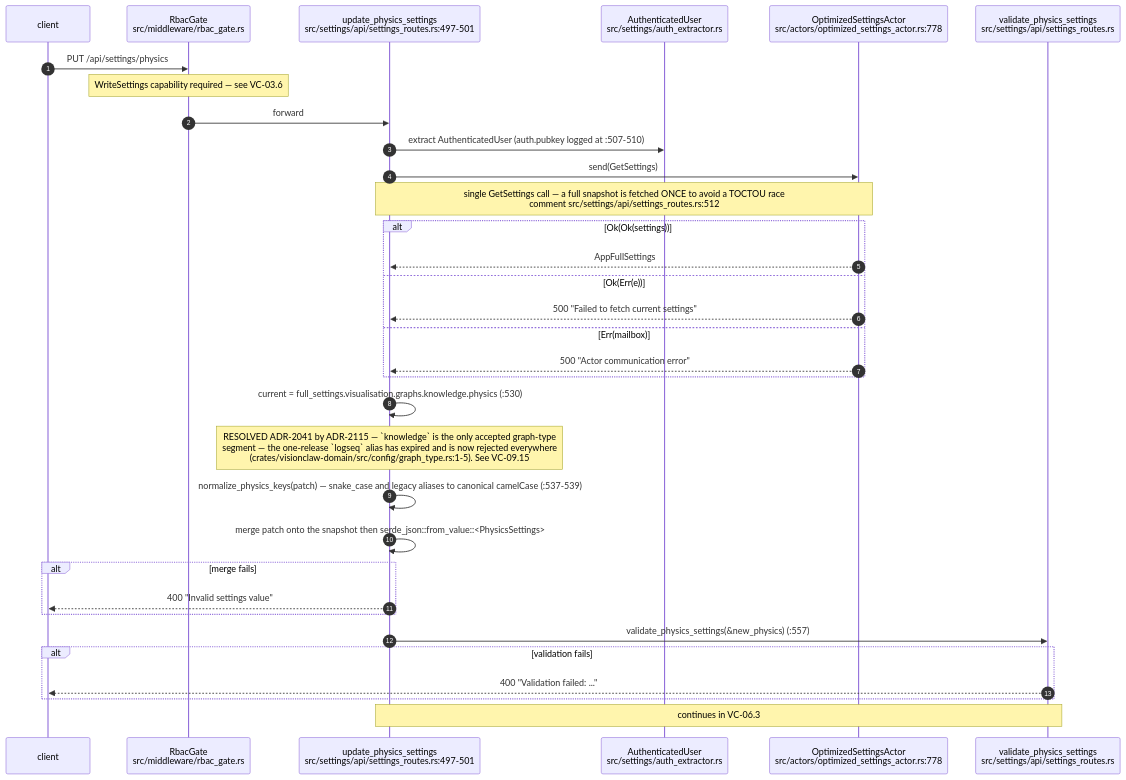
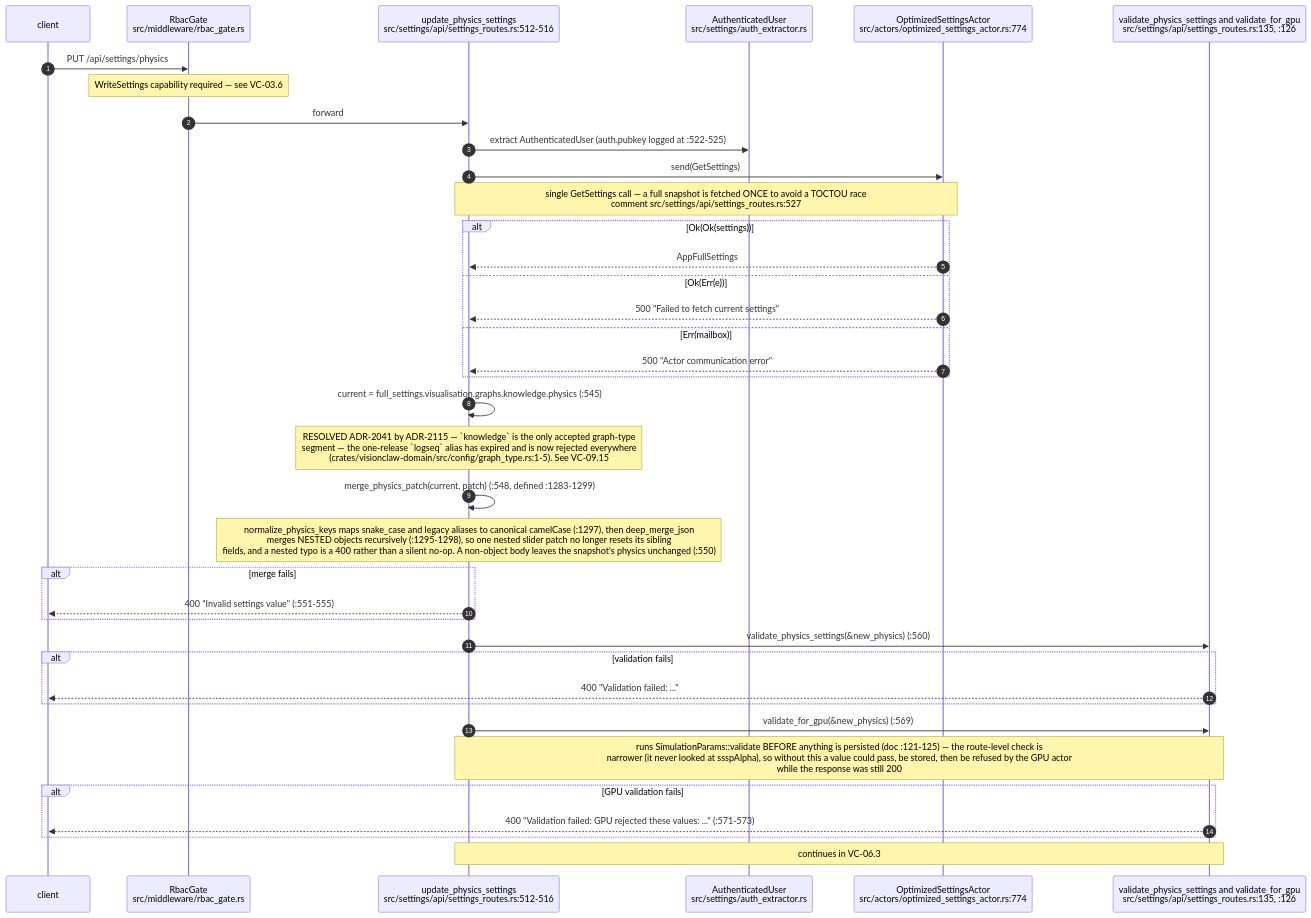
One commit to DreamLab-AI/VisionFlow changed the second of 8 diagrams in docs/diagrams/visionclaw/06-settings-round-trip.md. Above: the diagram before and after it, drawn with Mermaid. The commit also changed other lines of this file and 160 other files, not shown here.

````diff
--- a/docs/diagrams/visionclaw/06-settings-round-trip.md
+++ b/docs/diagrams/visionclaw/06-settings-round-trip.md
@@ -58,36 +60,41 @@
 ```mermaid
 sequenceDiagram
     autonumber
     participant CL as client
     participant RG as RbacGate<br/>src/middleware/rbac_gate.rs
-    participant H as update_physics_settings<br/>src/settings/api/settings_routes.rs:497-501
+    participant H as update_physics_settings<br/>src/settings/api/settings_routes.rs:512-516
     participant AU as AuthenticatedUser<br/>src/settings/auth_extractor.rs
-    participant SA as OptimizedSettingsActor<br/>src/actors/optimized_settings_actor.rs:778
-    participant VA as validate_physics_settings<br/>src/settings/api/settings_routes.rs
+    participant SA as OptimizedSettingsActor<br/>src/actors/optimized_settings_actor.rs:774
+    participant VA as validate_physics_settings and validate_for_gpu<br/>src/settings/api/settings_routes.rs:135, :126
 
     CL->>RG: PUT /api/settings/physics
     Note over RG: WriteSettings capability required — see VC-03.6
     RG->>H: forward
-    H->>AU: extract AuthenticatedUser (auth.pubkey logged at :507-510)
+    H->>AU: extract AuthenticatedUser (auth.pubkey logged at :522-525)
     H->>SA: send(GetSettings)
-    Note over H,SA: single GetSettings call — a full snapshot is fetched ONCE to avoid a TOCTOU race<br/>comment src/settings/api/settings_routes.rs:512
+    Note over H,SA: single GetSettings call — a full snapshot is fetched ONCE to avoid a TOCTOU race<br/>comment src/settings/api/settings_routes.rs:527
     alt Ok(Ok(settings))
         SA-->>H: AppFullSettings
     else Ok(Err(e))
         SA-->>H: 500 "Failed to fetch current settings"
     else Err(mailbox)
         SA-->>H: 500 "Actor communication error"
     end
-    H->>H: current = full_settings.visualisation.graphs.knowledge.physics (:530)
+    H->>H: current = full_settings.visualisation.graphs.knowledge.physics (:545)
     Note over H: RESOLVED ADR-2041 by ADR-2115 — `knowledge` is the only accepted graph-type<br/>segment — the one-release `logseq` alias has expired and is now rejected everywhere<br/>(crates/visionclaw-domain/src/config/graph_type.rs:1-5). See VC-09.15
-    H->>H: normalize_physics_keys(patch) — snake_case and legacy aliases to canonical camelCase (:537-539)
-    H->>H: merge patch onto the snapshot then serde_json::from_value::<PhysicsSettings>
+    H->>H: merge_physics_patch(current, patch) (:548, defined :1283-1299)
+    Note over H: normalize_physics_keys maps snake_case and legacy aliases to canonical camelCase (:1297), then deep_merge_json<br/>merges NESTED objects recursively (:1295-1298), so one nested slider patch no longer resets its sibling<br/>fields, and a nested typo is a 400 rather than a silent no-op. A non-object body leaves the snapshot's physics unchanged (:550)
     alt merge fails
-        H-->>CL: 400 "Invalid settings value"
+        H-->>CL: 400 "Invalid settings value" (:551-555)
     end
-    H->>VA: validate_physics_settings(&new_physics) (:557)
+    H->>VA: validate_physics_settings(&new_physics) (:560)
     alt validation fails
         VA-->>CL: 400 "Validation failed: ..."
     end
+    H->>VA: validate_for_gpu(&new_physics) (:569)
+    Note over H,VA: runs SimulationParams::validate BEFORE anything is persisted (doc :121-125) — the route-level check is<br/>narrower (it never looked at ssspAlpha), so without this a value could pass, be stored, then be refused by the GPU actor<br/>while the response was still 200
+    alt GPU validation fails
+        VA-->>CL: 400 "Validation failed: GPU rejected these values: ..." (:571-573)
+    end
     Note over H,VA: continues in VC-06.3
 ```
````
